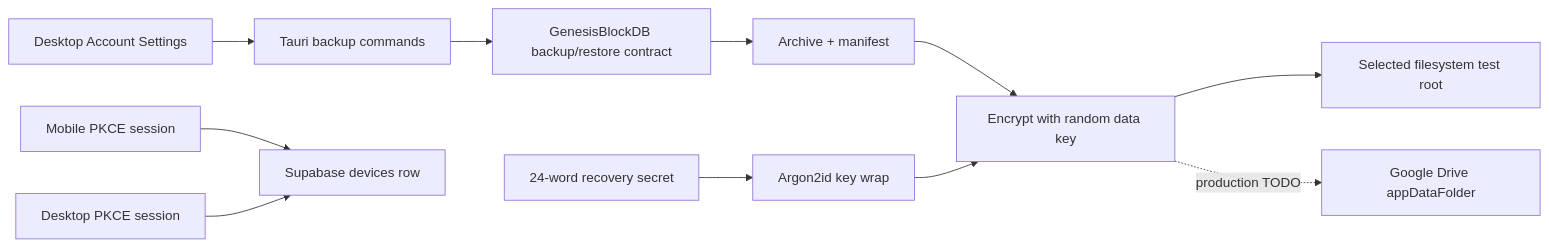
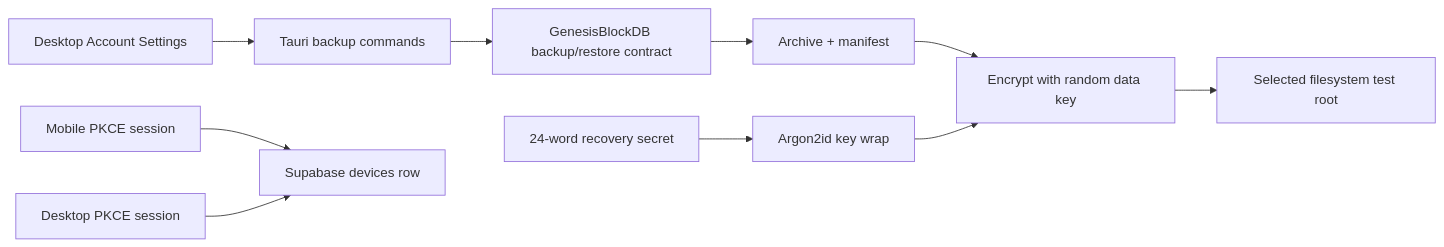
One commit to Freshair129/FUNG changed the diagram in docs/specs/2026-08-13-phase-4-cloud-backup-mobile-account-design.md. Above: the diagram before and after it, drawn with Mermaid. The commit also changed other lines of this file and 32 other files, not shown here.

Commit message:
refactor: remove canceled Google Drive integration

````diff
--- a/docs/specs/2026-08-13-phase-4-cloud-backup-mobile-account-design.md
+++ b/docs/specs/2026-08-13-phase-4-cloud-backup-mobile-account-design.md
@@ -35,13 +39,12 @@
 ```mermaid
 flowchart LR
     UI["Desktop Account Settings"] --> CMD["Tauri backup commands"]
     CMD --> GDB["GenesisBlockDB backup/restore contract"]
     GDB --> PACK["Archive + manifest"]
     PACK --> ENC["Encrypt with random data key"]
     KEY["24-word recovery secret"] --> WRAP["Argon2id key wrap"]
     WRAP --> ENC
     ENC --> FS["Selected filesystem test root"]
-    ENC -. "production TODO" .-> DRIVE["Google Drive appDataFolder"]
     MOBILE["Mobile PKCE session"] --> DEVICES["Supabase devices row"]
     DESKTOP["Desktop PKCE session"] --> DEVICES
 ```
````
